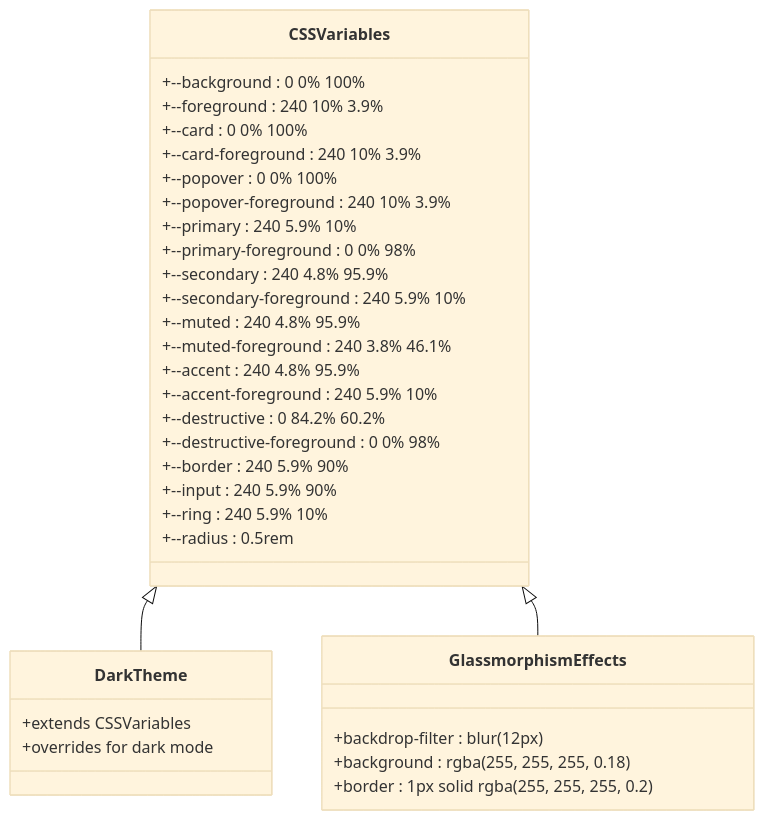
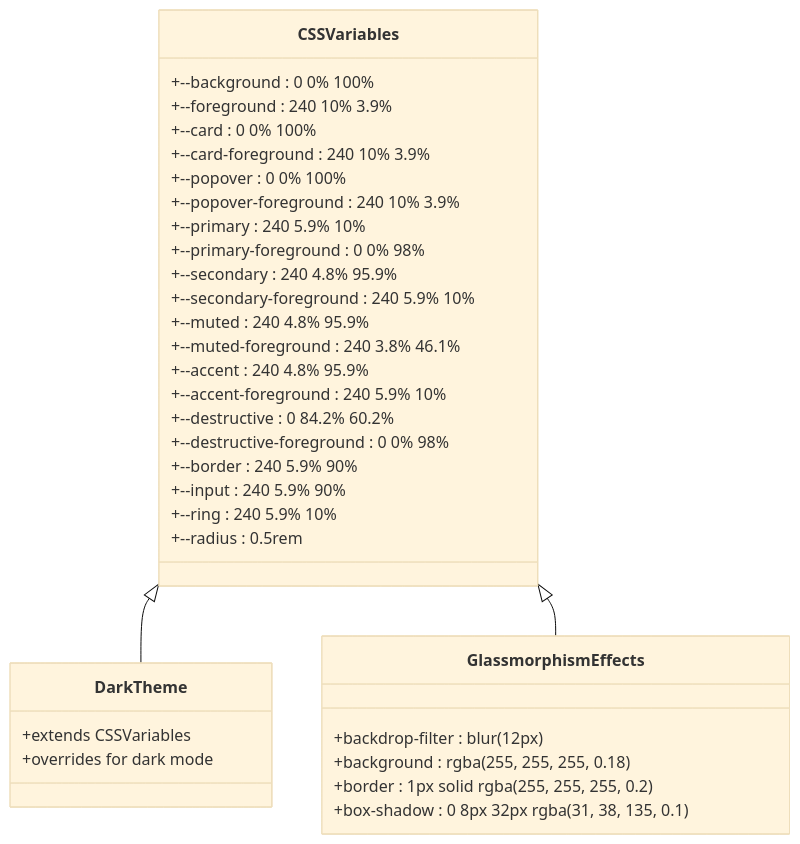
Diagram 12 of 13 in .qoder/repowiki/en/content/Per-User Background Image System.md (Nikita5543/New-SSO-02), drawn with Mermaid (base theme) before and after one commit. The commit also changed other lines of this file and 3 other files, not shown here.

````diff
--- a/.qoder/repowiki/en/content/Per-User Background Image System.md
+++ b/.qoder/repowiki/en/content/Per-User Background Image System.md
@@ -469,36 +488,37 @@
 ```mermaid
 classDiagram
 class CSSVariables {
 +--background : 0 0% 100%
 +--foreground : 240 10% 3.9%
 +--card : 0 0% 100%
 +--card-foreground : 240 10% 3.9%
 +--popover : 0 0% 100%
 +--popover-foreground : 240 10% 3.9%
 +--primary : 240 5.9% 10%
 +--primary-foreground : 0 0% 98%
 +--secondary : 240 4.8% 95.9%
 +--secondary-foreground : 240 5.9% 10%
 +--muted : 240 4.8% 95.9%
 +--muted-foreground : 240 3.8% 46.1%
 +--accent : 240 4.8% 95.9%
 +--accent-foreground : 240 5.9% 10%
 +--destructive : 0 84.2% 60.2%
 +--destructive-foreground : 0 0% 98%
 +--border : 240 5.9% 90%
 +--input : 240 5.9% 90%
 +--ring : 240 5.9% 10%
 +--radius : 0.5rem
 }
 class DarkTheme {
 +extends CSSVariables
 +overrides for dark mode
 }
 class GlassmorphismEffects {
 +backdrop-filter : blur(12px)
 +background : rgba(255, 255, 255, 0.18)
 +border : 1px solid rgba(255, 255, 255, 0.2)
++box-shadow : 0 8px 32px rgba(31, 38, 135, 0.1)
 }
 CSSVariables <|-- DarkTheme
 CSSVariables <|-- GlassmorphismEffects
 ```
````
